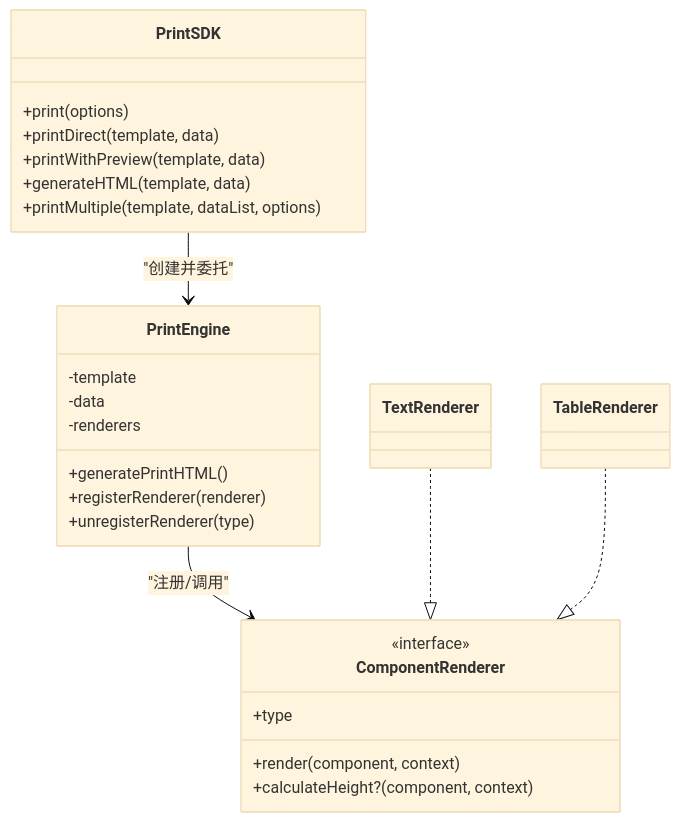
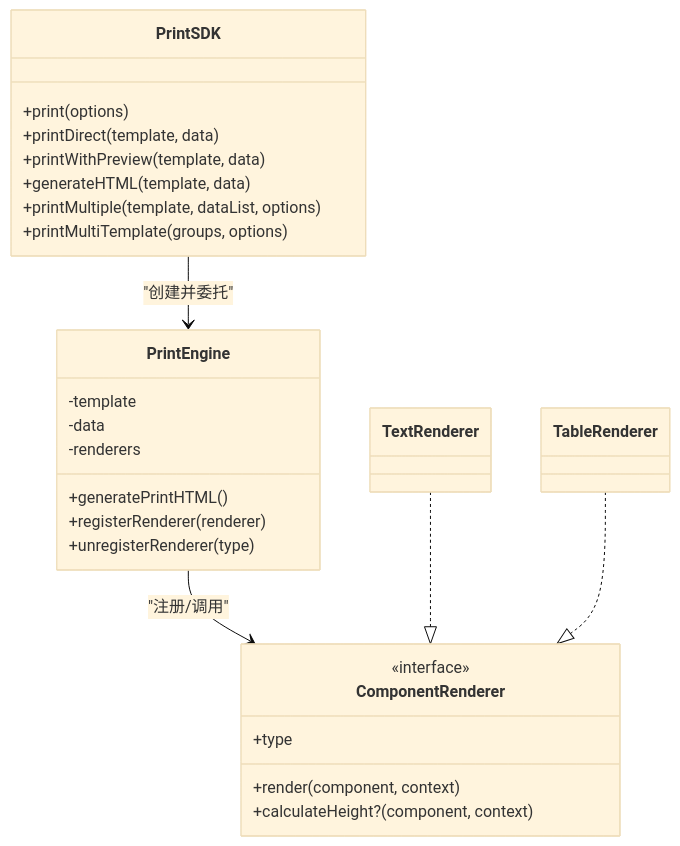
Before and after one commit to joker-yjc/printer: the second of 6 diagrams in .qoder/repowiki/zh/content/API参考文档/SDK API.md, drawn with Mermaid (base theme). The commit also changed other lines of this file and 4 other files, not shown here.

````diff
--- a/.qoder/repowiki/zh/content/API参考文档/SDK API.md
+++ b/.qoder/repowiki/zh/content/API参考文档/SDK API.md
@@ -88,30 +93,31 @@
 ```mermaid
 classDiagram
 class PrintSDK {
 +print(options)
 +printDirect(template, data)
 +printWithPreview(template, data)
 +generateHTML(template, data)
 +printMultiple(template, dataList, options)
++printMultiTemplate(groups, options)
 }
 class PrintEngine {
 -template
 -data
 -renderers
 +generatePrintHTML()
 +registerRenderer(renderer)
 +unregisterRenderer(type)
 }
 class ComponentRenderer {
 <<interface>>
 +type
 +render(component, context)
 +calculateHeight?(component, context)
 }
 class TextRenderer
 class TableRenderer
 PrintSDK --> PrintEngine : "创建并委托"
 PrintEngine --> ComponentRenderer : "注册/调用"
 TextRenderer ..|> ComponentRenderer
 TableRenderer ..|> ComponentRenderer
 ```
````
